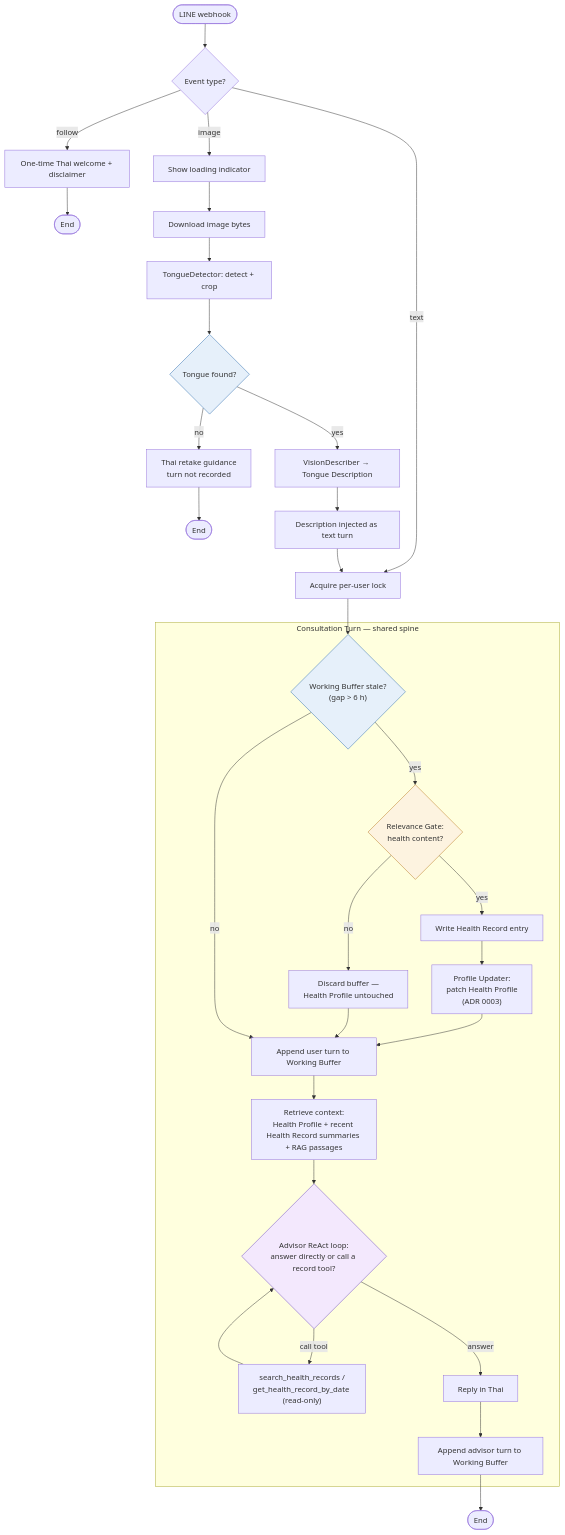
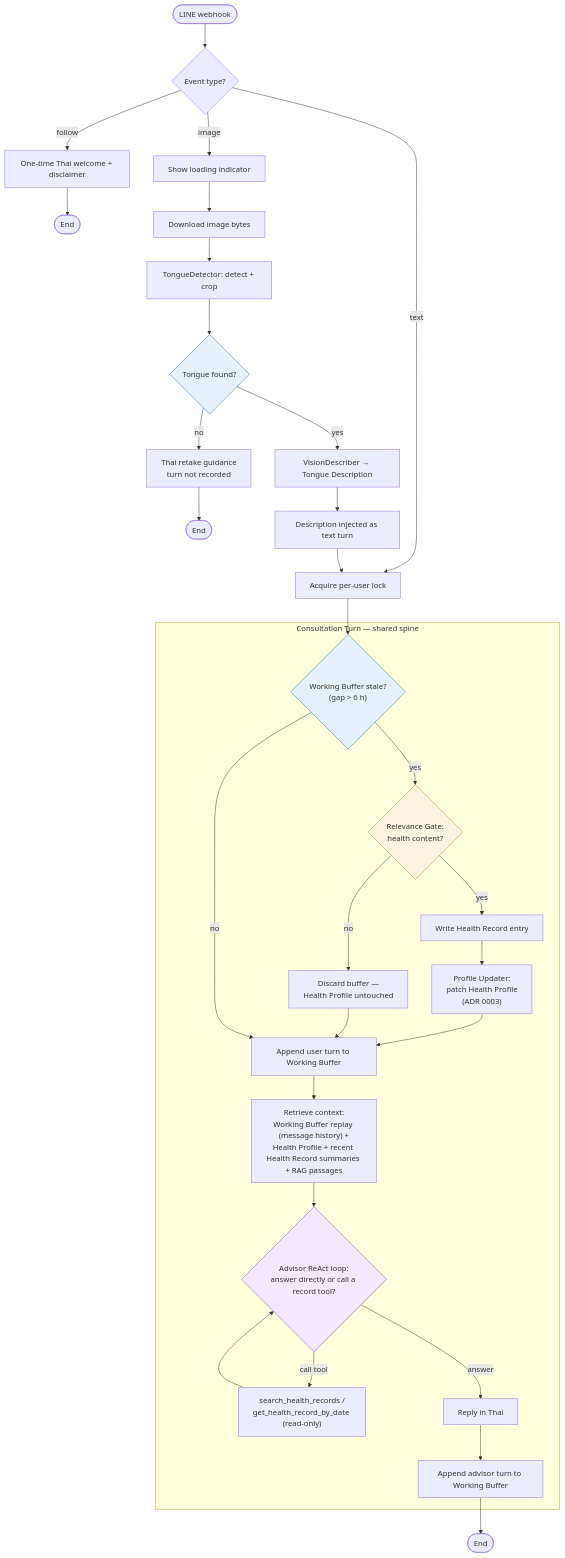
One commit to bright-arparwut/TTMAgent changed the diagram in docs/message-flow.md. Above: the diagram before and after it, drawn with Mermaid. The commit also changed other lines of this file and 9 other files, not shown here.

First line of the commit message:
feat: replay Working Buffer turns to the Advisor as within-Consultation memory

````diff
--- a/docs/message-flow.md
+++ b/docs/message-flow.md
@@ -9,46 +9,46 @@
 ```mermaid
 flowchart TD
     WH([LINE webhook]) --> EVT{"Event type?"}
 
     EVT -->|follow| WEL["One-time Thai welcome + disclaimer"]
     WEL --> END1([End])
 
     EVT -->|text| LOCK["Acquire per-user lock"]
 
     EVT -->|image| LOAD["Show loading indicator"]
     LOAD --> DL["Download image bytes"]
     DL --> DET["TongueDetector: detect + crop"]
     DET --> TF{"Tongue found?"}
     TF -->|no| RETAKE["Thai retake guidance<br/>turn not recorded"]
     RETAKE --> END2([End])
     TF -->|yes| VD["VisionDescriber &rarr; Tongue Description"]
     VD --> INJECT["Description injected as text turn"]
     INJECT --> LOCK
 
     subgraph SPINE["Consultation Turn — shared spine"]
         STALE{"Working Buffer stale?<br/>(gap > 6 h)"}
         STALE -->|yes| GATE{"Relevance Gate:<br/>health content?"}
         GATE -->|yes| REC["Write Health Record entry"]
         REC --> PU["Profile Updater:<br/>patch Health Profile<br/>(ADR 0003)"]
         PU --> APPEND["Append user turn to Working Buffer"]
         GATE -->|no| DISCARD["Discard buffer —<br/>Health Profile untouched"]
         DISCARD --> APPEND
         STALE -->|no| APPEND
-        APPEND --> CTX["Retrieve context:<br/>Health Profile + recent Health Record summaries + RAG passages"]
+        APPEND --> CTX["Retrieve context:<br/>Working Buffer replay (message history) +<br/>Health Profile + recent Health Record summaries + RAG passages"]
         CTX --> AGENT{"Advisor ReAct loop:<br/>answer directly or call a record tool?"}
         AGENT -->|call tool| TOOLS["search_health_records /<br/>get_health_record_by_date (read-only)"]
         TOOLS --> AGENT
         AGENT -->|answer| REPLY["Reply in Thai"]
         REPLY --> APPADV["Append advisor turn to Working Buffer"]
     end
 
     LOCK --> STALE
     APPADV --> END3([End])
 
     classDef deterministic fill:#e6f0fa,stroke:#2b6cb0
     classDef llmscored fill:#fdf3e0,stroke:#b7791f
     classDef agentic fill:#f3e8fd,stroke:#6b46c1
     class TF,STALE deterministic
     class GATE llmscored
     class AGENT agentic
 ```
````
